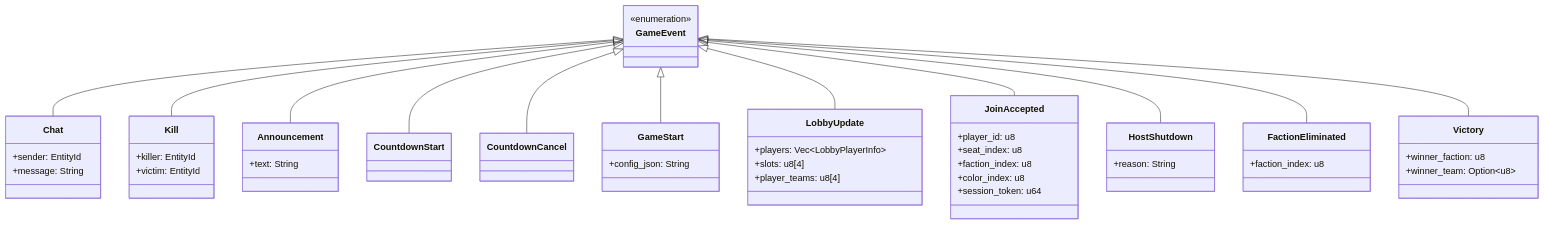
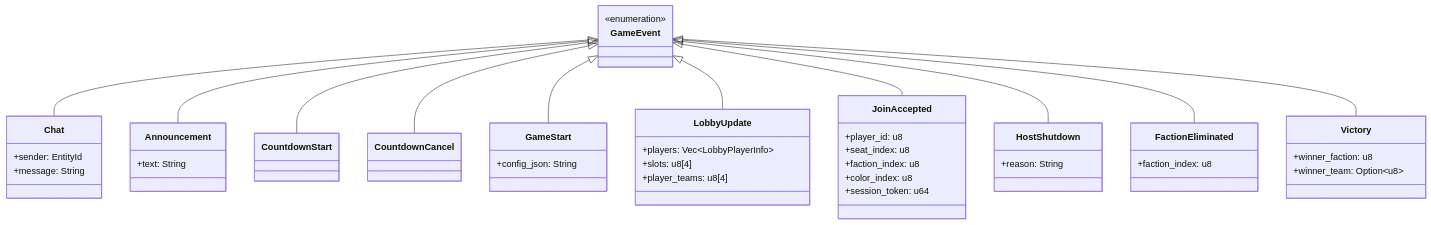
One commit to pashaydev/RTS changed the eighth of 10 diagrams in docs/mul-arch.md. Above: the diagram before and after it, drawn with Mermaid. The commit also changed other lines of this file and 77 other files, not shown here.

````diff
--- a/docs/mul-arch.md
+++ b/docs/mul-arch.md
@@ -360,56 +357,51 @@
 ```mermaid
 classDiagram
     class GameEvent {
         <<enumeration>>
     }
     class Chat {
         +sender: EntityId
         +message: String
-    }
-    class Kill {
-        +killer: EntityId
-        +victim: EntityId
     }
     class Announcement {
         +text: String
     }
     class CountdownStart
     class CountdownCancel
     class GameStart {
         +config_json: String
     }
     class LobbyUpdate {
         +players: Vec~LobbyPlayerInfo~
         +slots: u8[4]
         +player_teams: u8[4]
     }
     class JoinAccepted {
         +player_id: u8
         +seat_index: u8
         +faction_index: u8
         +color_index: u8
         +session_token: u64
     }
     class HostShutdown {
         +reason: String
     }
     class FactionEliminated {
         +faction_index: u8
     }
     class Victory {
         +winner_faction: u8
         +winner_team: Option~u8~
     }
 
     GameEvent <|-- Chat
-    GameEvent <|-- Kill
     GameEvent <|-- Announcement
     GameEvent <|-- CountdownStart
     GameEvent <|-- CountdownCancel
     GameEvent <|-- GameStart
     GameEvent <|-- LobbyUpdate
     GameEvent <|-- JoinAccepted
     GameEvent <|-- HostShutdown
     GameEvent <|-- FactionEliminated
     GameEvent <|-- Victory
 ```
````
